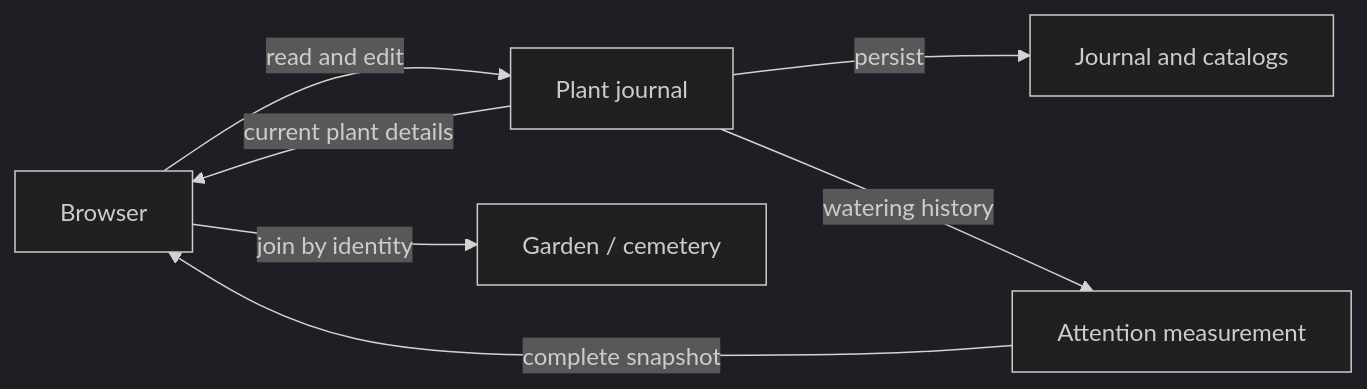
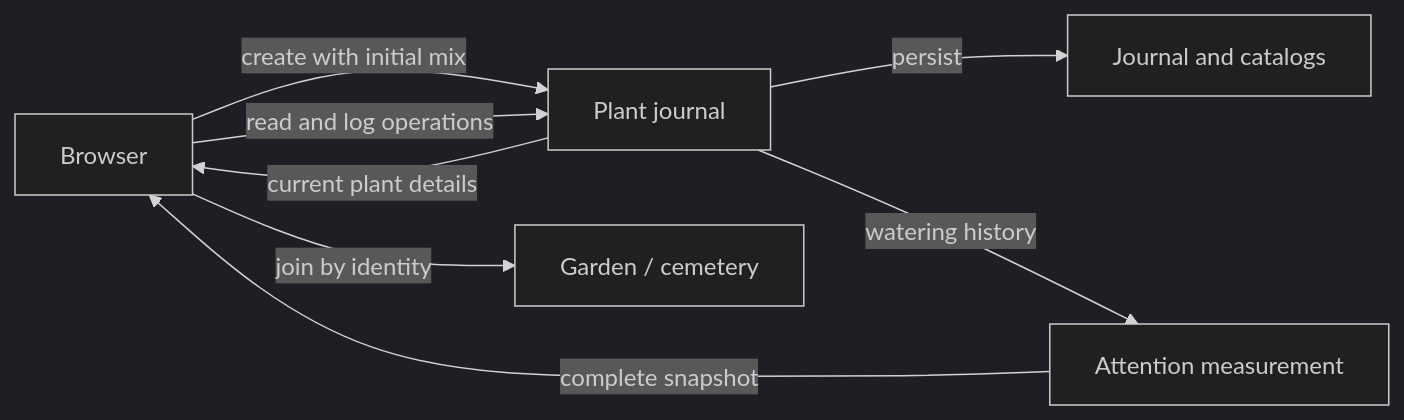
One commit to cosminci/gardening changed the second of 2 diagrams in specs/design.md. Above: the diagram before and after it, drawn with Mermaid (dark theme). The commit also changed other lines of this file and 1 other file, not shown here.

Commit message:
Archive add-plant spec and sync garden design (#59)

````diff
--- a/specs/design.md
+++ b/specs/design.md
@@ -29,9 +29,10 @@
 ```mermaid
 flowchart LR
-  Browser -->|read and edit| Journal["Plant journal"]
+  Browser -->|create with initial mix| Journal["Plant journal"]
+  Browser -->|read and log operations| Journal
   Journal -->|persist| Storage["Journal and catalogs"]
   Journal -->|watering history| Monitor["Attention measurement"]
   Monitor -->|complete snapshot| Browser
   Journal -->|current plant details| Browser
   Browser -->|join by identity| Garden["Garden / cemetery"]
 ```
````
